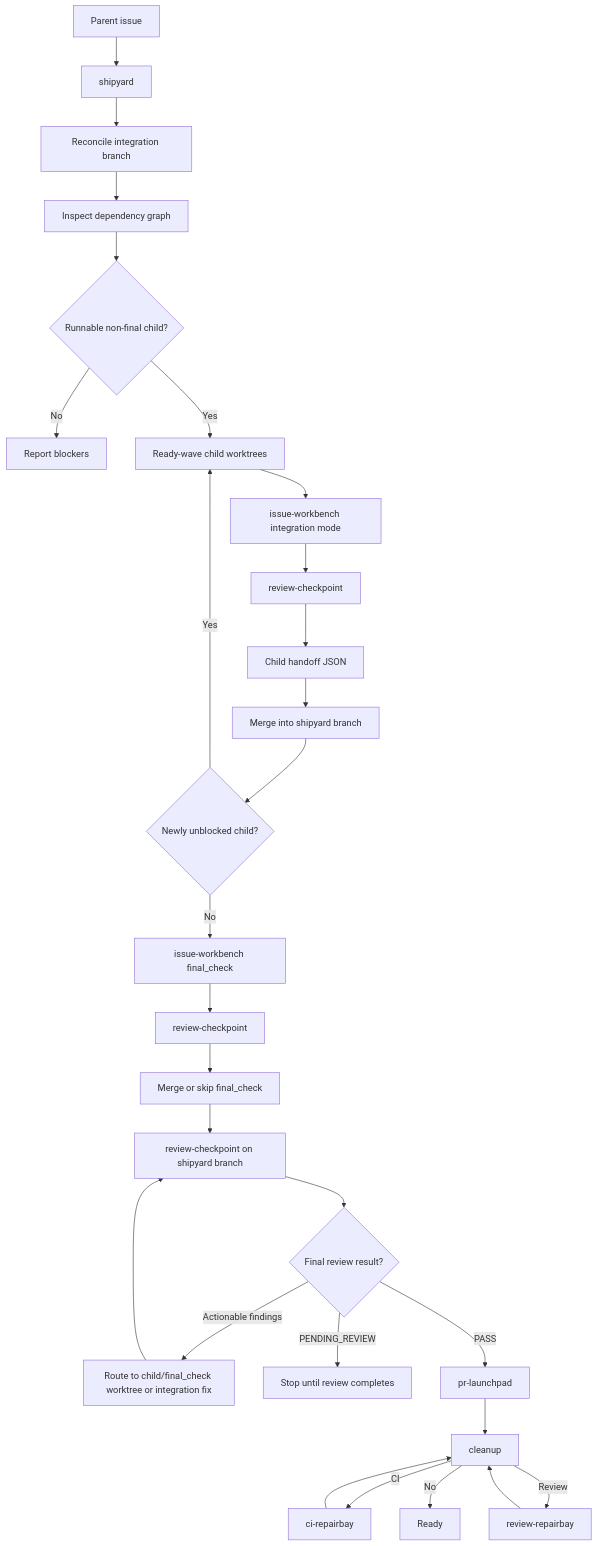
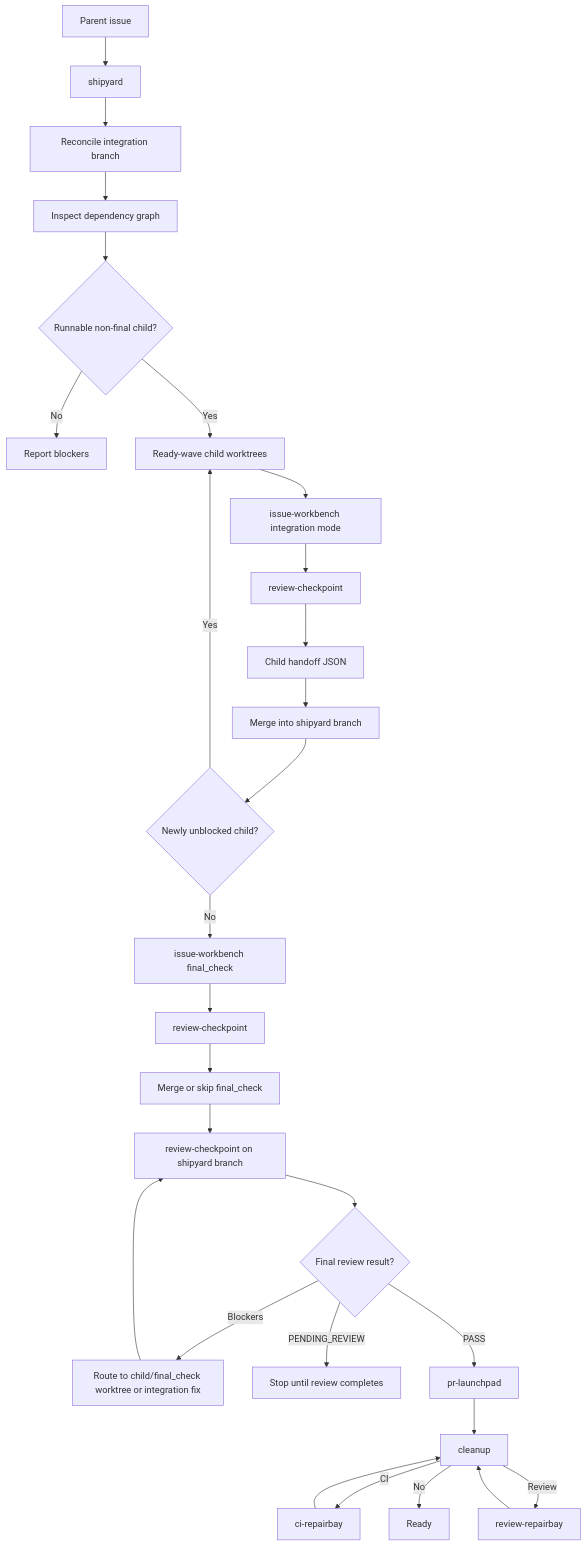
One commit to HenryQW/skills changed the fourth of 5 diagrams in README.md. Above: the diagram before and after it, drawn with Mermaid. The commit also changed other lines of this file and 4 other files, not shown here.

````diff
--- a/README.md
+++ b/README.md
@@ -104,30 +104,30 @@
 ```mermaid
 flowchart TD
   parent["Parent issue"] --> shipyard["shipyard"]
   shipyard --> branch["Reconcile integration branch"]
   branch --> inspect["Inspect dependency graph"]
   inspect --> ready{"Runnable non-final child?"}
   ready -->|No| blocked["Report blockers"]
   ready -->|Yes| worktrees["Ready-wave child worktrees"]
   worktrees --> workbench["issue-workbench integration mode"]
   workbench --> child_review["review-checkpoint"]
   child_review --> handoff["Child handoff JSON"]
   handoff --> integrate["Merge into shipyard branch"]
   integrate --> recheck{"Newly unblocked child?"}
   recheck -->|Yes| worktrees
   recheck -->|No| final_workbench["issue-workbench final_check"]
   final_workbench --> final_review["review-checkpoint"]
   final_review --> final_merge["Merge or skip final_check"]
   final_merge --> ship_review["review-checkpoint on shipyard branch"]
   ship_review --> final_result{"Final review result?"}
-  final_result -->|Actionable findings| final_fix["Route to child/final_check worktree or integration fix"]
+  final_result -->|Blockers| final_fix["Route to child/final_check worktree or integration fix"]
   final_fix --> ship_review
   final_result -->|PENDING_REVIEW| pending["Stop until review completes"]
   final_result -->|PASS| launch["pr-launchpad"]
   launch --> cleanup
   cleanup -->|CI| ci_repair["ci-repairbay"]
   cleanup -->|Review| review_repair["review-repairbay"]
   cleanup -->|No| done["Ready"]
   ci_repair --> cleanup
   review_repair --> cleanup
 ```
````
